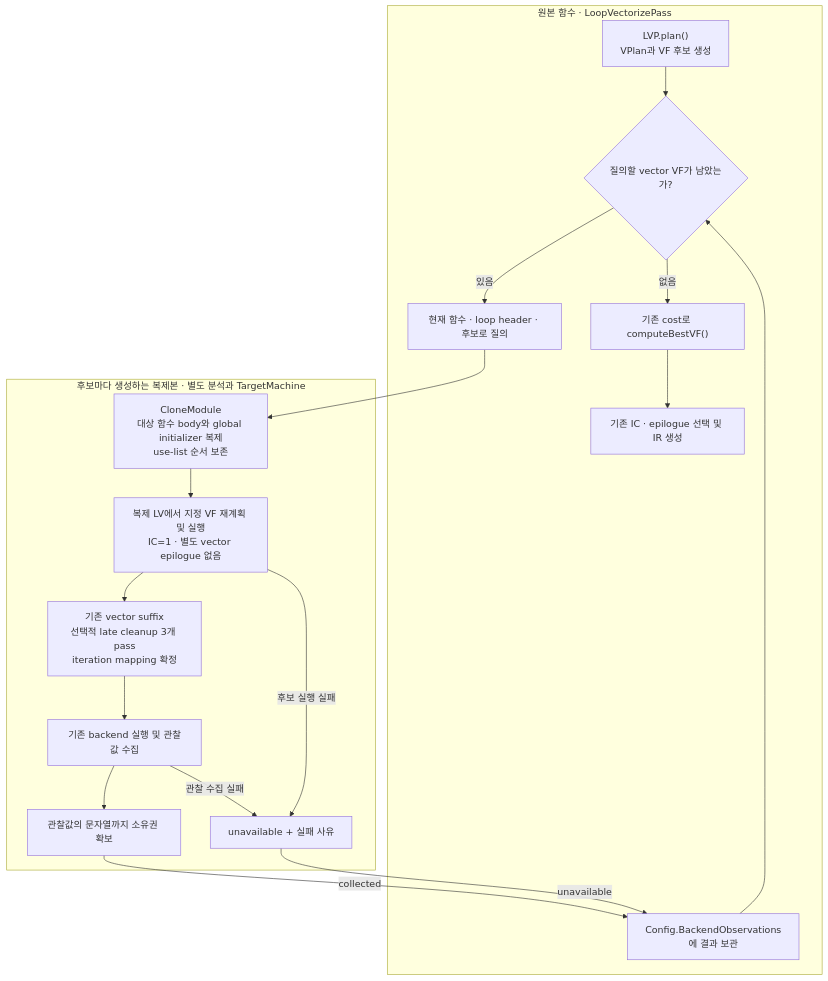
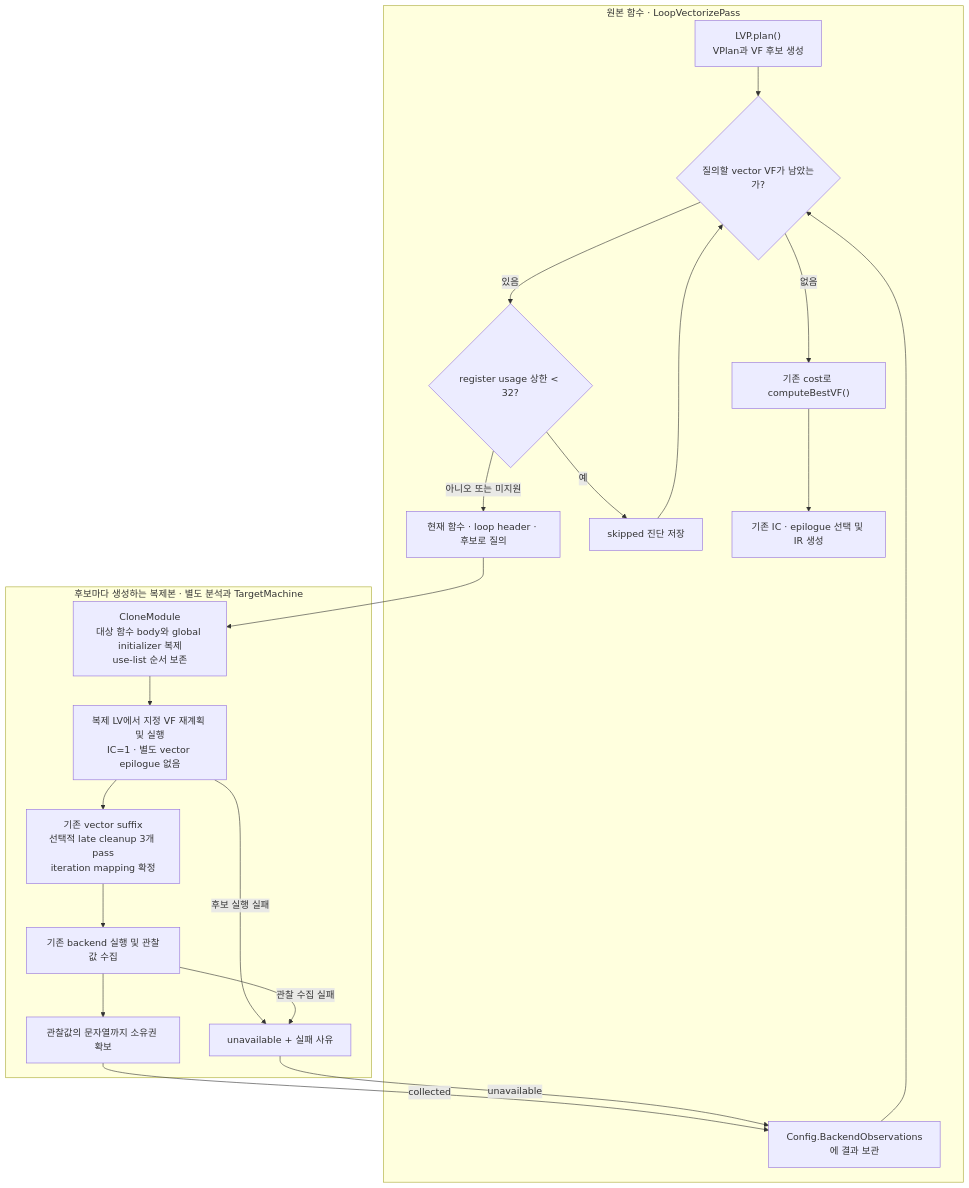
The first of 3 diagrams in BACKEND_FEEDBACK.md (cheolwanpark/llvm-project), drawn with Mermaid before and after one commit. The commit also changed other lines of this file and 16 other files, not shown here.

First line of the commit message:
Gate VPlan backend feedback with conservative RVV register bounds

````diff
--- a/BACKEND_FEEDBACK.md
+++ b/BACKEND_FEEDBACK.md
@@ -50,35 +133,40 @@
 ```mermaid
 flowchart TD
     subgraph Original["원본 함수 · LoopVectorizePass"]
         Plan["LVP.plan()<br/>VPlan과 VF 후보 생성"]
         More{"질의할 vector VF가 남았는가?"}
         Query["현재 함수 · loop header · 후보로 질의"]
+        Gate{"register usage 상한 < 32?"}
+        Skip["skipped 진단 저장"]
         Store["Config.BackendObservations에 결과 보관"]
         Select["기존 cost로 computeBestVF()"]
         Emit["기존 IC · epilogue 선택 및 IR 생성"]
         Plan --> More
-        More -->|있음| Query
+        More -->|있음| Gate
+        Gate -->|아니오 또는 미지원| Query
+        Gate -->|예| Skip
+        Skip --> More
         Store --> More
         More -->|없음| Select
         Select --> Emit
     end
 
     subgraph Probe["후보마다 생성하는 복제본 · 별도 분석과 TargetMachine"]
         Clone["CloneModule<br/>대상 함수 body와 global initializer 복제<br/>use-list 순서 보존"]
         Materialize["복제 LV에서 지정 VF 재계획 및 실행<br/>IC=1 · 별도 vector epilogue 없음"]
         Cleanup["기존 vector suffix<br/>선택적 late cleanup 3개 pass<br/>iteration mapping 확정"]
         Backend["기존 backend 실행 및 관찰값 수집"]
         Owned["관찰값의 문자열까지 소유권 확보"]
         Failure["unavailable + 실패 사유"]
         Clone --> Materialize
         Materialize --> Cleanup
         Cleanup --> Backend
         Backend --> Owned
         Materialize -->|후보 실행 실패| Failure
         Backend -->|관찰 수집 실패| Failure
     end
 
     Query --> Clone
     Owned -->|collected| Store
     Failure -->|unavailable| Store
 ```
````
